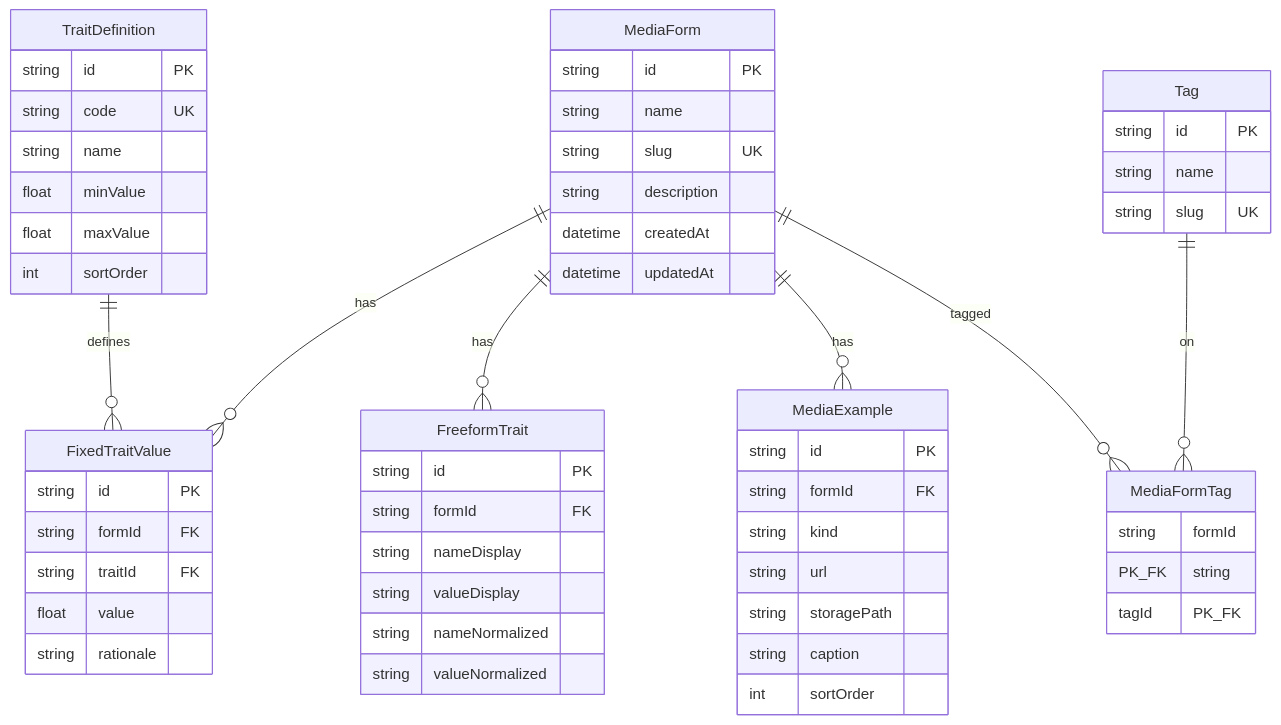
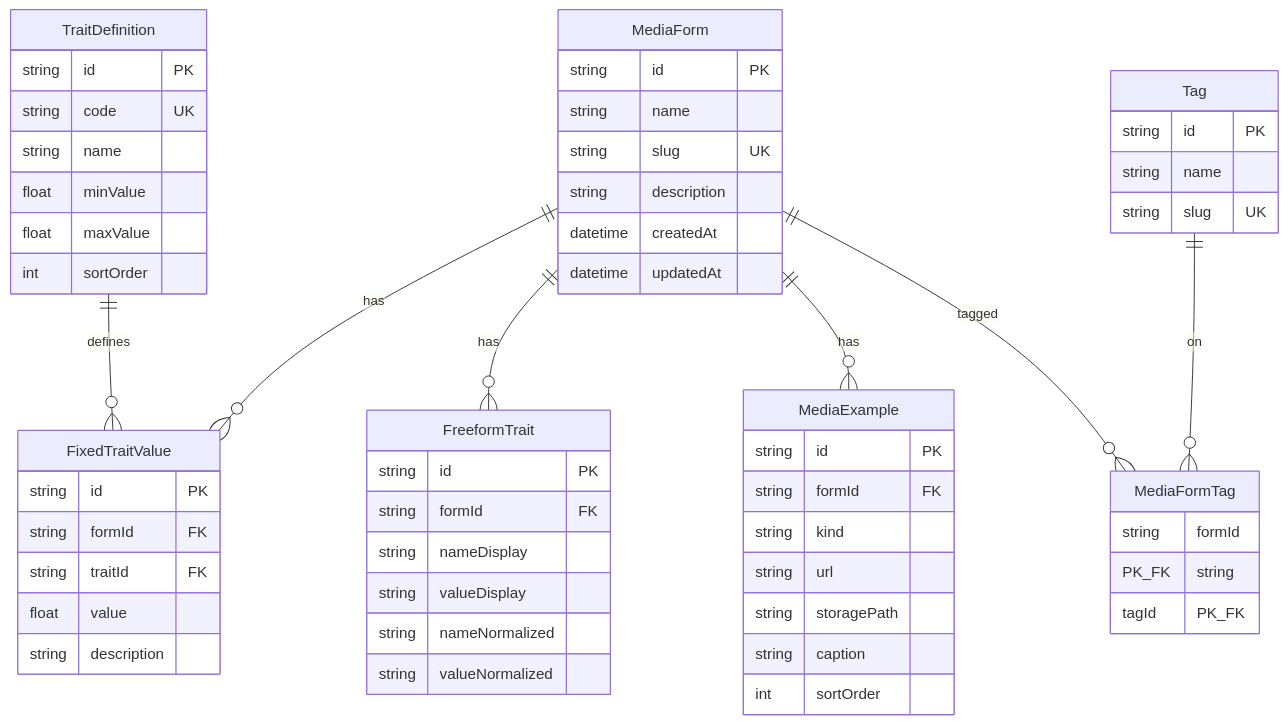
Before and after one commit to Glimpse-Gaze/MediaOctant: the diagram in DATABASE.md, drawn with Mermaid. The commit also changed other lines of this file and 10 other files, not shown here.

First line of the commit message:
Use description on FixedTraitValue instead of rationale

````diff
--- a/DATABASE.md
+++ b/DATABASE.md
@@ -11,65 +11,65 @@
 ```mermaid
 erDiagram
   MediaForm ||--o{ FixedTraitValue : has
   MediaForm ||--o{ FreeformTrait : has
   MediaForm ||--o{ MediaExample : has
   MediaForm ||--o{ MediaFormTag : tagged
   Tag ||--o{ MediaFormTag : on
   TraitDefinition ||--o{ FixedTraitValue : defines
 
   MediaForm {
     string id PK
     string name
     string slug UK
     string description
     datetime createdAt
     datetime updatedAt
   }
 
   Tag {
     string id PK
     string name
     string slug UK
   }
 
   MediaFormTag {
     string formId PK_FK
     string tagId PK_FK
   }
 
   TraitDefinition {
     string id PK
     string code UK
     string name
     float minValue
     float maxValue
     int sortOrder
   }
 
   FixedTraitValue {
     string id PK
     string formId FK
     string traitId FK
     float value
-    string rationale
+    string description
   }
 
   FreeformTrait {
     string id PK
     string formId FK
     string nameDisplay
     string valueDisplay
     string nameNormalized
     string valueNormalized
   }
 
   MediaExample {
     string id PK
     string formId FK
     string kind
     string url
     string storagePath
     string caption
     int sortOrder
   }
 ```
````
